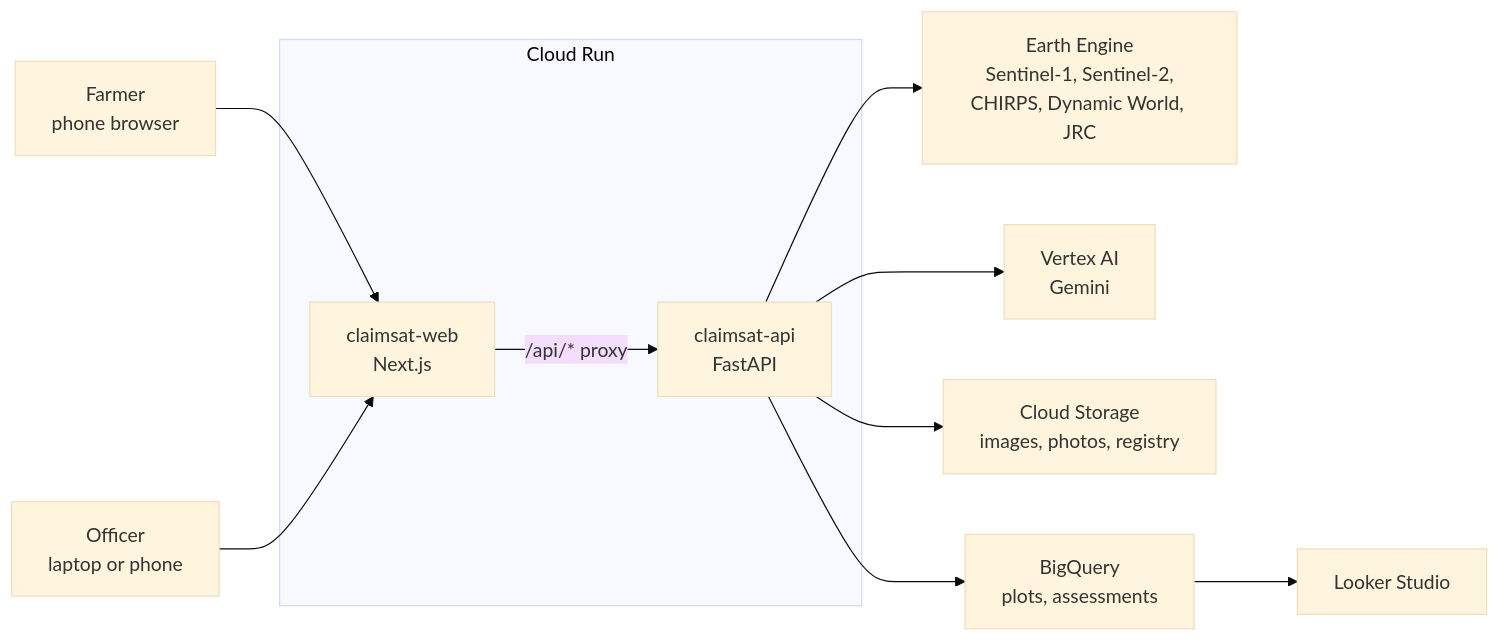
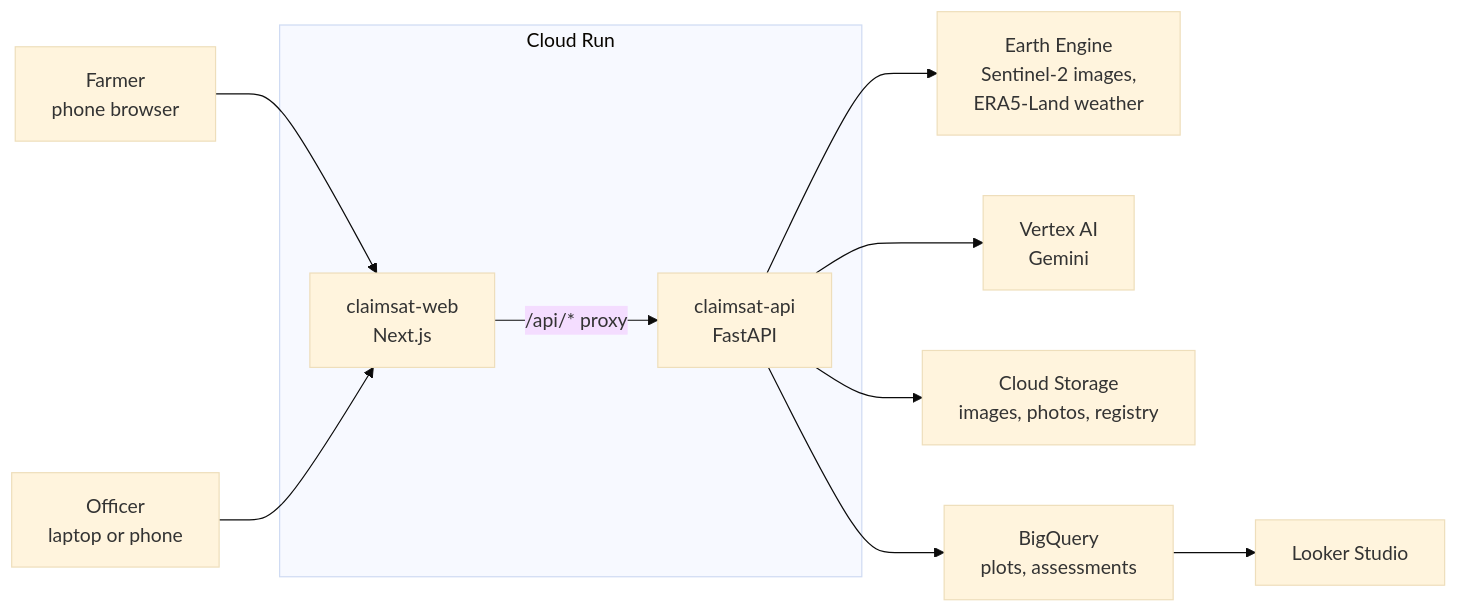
Before and after one commit to hasibjaan/ClaimSat: the diagram in README.md, drawn with Mermaid (base theme). The commit also changed other lines of this file and 46 other files, not shown here.

````diff
--- a/README.md
+++ b/README.md
@@ -34,13 +34,13 @@
 ```mermaid
 flowchart LR
   F[Farmer<br/>phone browser] --> W
   O[Officer<br/>laptop or phone] --> W
   subgraph CR[Cloud Run]
     W[claimsat-web<br/>Next.js] -->|/api/* proxy| A[claimsat-api<br/>FastAPI]
   end
-  A --> EE[Earth Engine<br/>Sentinel-1, Sentinel-2,<br/>CHIRPS, Dynamic World, JRC]
+  A --> EE[Earth Engine<br/>Sentinel-2 images,<br/>ERA5-Land weather]
   A --> G[Vertex AI<br/>Gemini]
   A --> GCS[Cloud Storage<br/>images, photos, registry]
   A --> BQ[BigQuery<br/>plots, assessments]
   BQ --> LS[Looker Studio]
 ```
````
